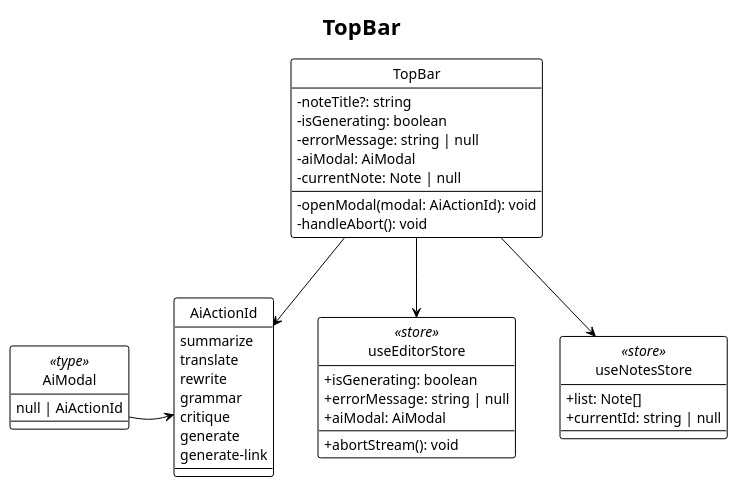
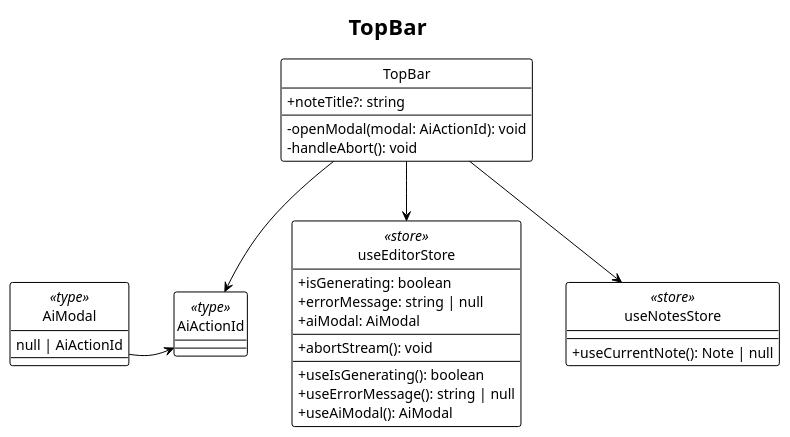
One commit to thebitless-group-swe/thebitless.github.io changed the diagram in PB/doc_esterna/specifica_tecnica/assets/plantuml/UML3.3.2-2.puml. Above: the diagram before and after it, drawn with PlantUML. The commit also changed 35 other files, not shown here.

Commit message:
fix(ST):sistema diagrammi UML del capitolo 3.3, elimina i duplicati

```diff
--- a/PB/doc_esterna/specifica_tecnica/assets/plantuml/UML3.3.2-2.puml
+++ b/PB/doc_esterna/specifica_tecnica/assets/plantuml/UML3.3.2-2.puml
@@ -1,60 +1,56 @@
 @startuml
 !theme plain
 hide circle
 skinparam classAttributeIconSize 0
 skinparam shadowing false
 skinparam nodesep 45
 skinparam ranksep 60
 skinparam defaultFontSize 14
 
 title TopBar
 
 top to bottom direction
 
 class TopBar {
-  - noteTitle?: string
-  - isGenerating: boolean
-  - errorMessage: string | null
-  - aiModal: AiModal
-  - currentNote: Note | null
+  + noteTitle?: string
   __
   - openModal(modal: AiActionId): void
   - handleAbort(): void
 }
 
 class useEditorStore <<store>> {
   + isGenerating: boolean
   + errorMessage: string | null
   + aiModal: AiModal
   __
   + abortStream(): void
+  __
+  + useIsGenerating(): boolean
+  + useErrorMessage(): string | null
+  + useAiModal(): AiModal
 }
 
 class useNotesStore <<store>> {
-  + list: Note[]
-  + currentId: string | null
+  + useCurrentNote(): Note | null
 }
 
-enum AiActionId {
-  summarize
-  translate
-  rewrite
-  grammar
-  critique
-  generate
-  generate-link
+class AiActionId <<type>> {
+  'summarize' | 'translate' |
+  'rewrite' | 'grammar' |
+  'critique' | 'generate' |
+  'generate-link'
 }
 
 class AiModal <<type>> {
   null | AiActionId
 }
 
 TopBar --> useEditorStore
 TopBar --> useNotesStore
 TopBar --> AiActionId
 AiModal --> AiActionId
 
 useEditorStore -[hidden]right- useNotesStore
 AiModal -[hidden]right- AiActionId
 
 @enduml
```
